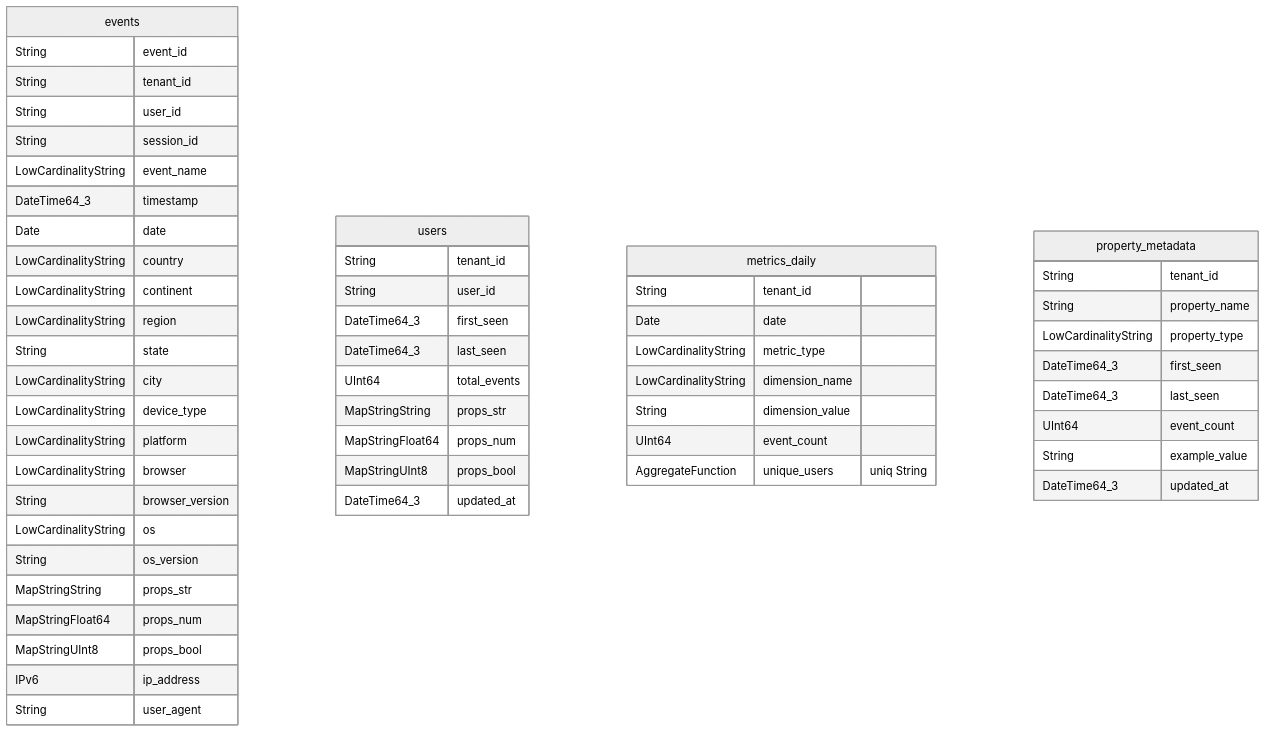
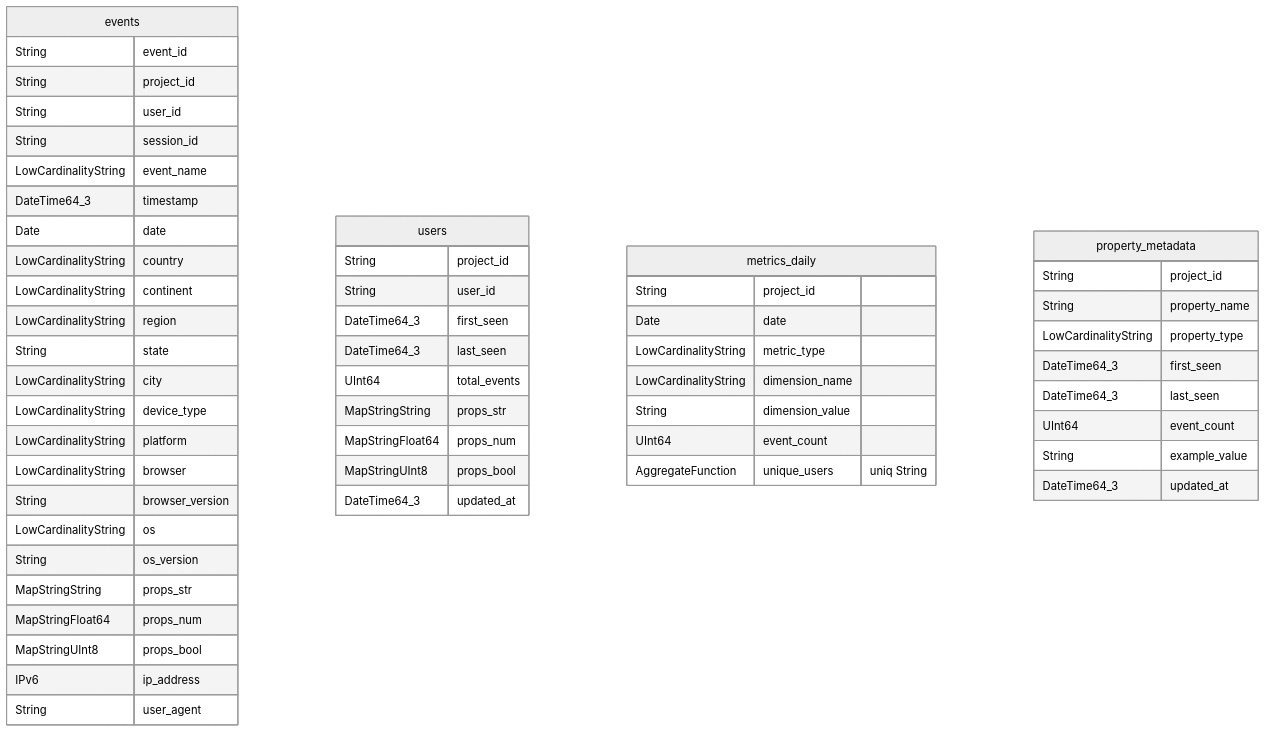
The fourth of 5 diagrams in OVERVIEW.md (MateusRoscoe/quantyx), drawn with Mermaid (neutral theme) before and after one commit. The commit also changed other lines of this file and 41 other files, not shown here.

First line of the commit message:
feat: rename tenant_id to project_id and add API key authentication

````diff
--- a/OVERVIEW.md
+++ b/OVERVIEW.md
@@ -280,61 +325,61 @@
 ```mermaid
 erDiagram
     events {
         String event_id
-        String tenant_id
+        String project_id
         String user_id
         String session_id
         LowCardinalityString event_name
         DateTime64_3 timestamp
         Date date
         LowCardinalityString country
         LowCardinalityString continent
         LowCardinalityString region
         String state
         LowCardinalityString city
         LowCardinalityString device_type
         LowCardinalityString platform
         LowCardinalityString browser
         String browser_version
         LowCardinalityString os
         String os_version
         MapStringString props_str
         MapStringFloat64 props_num
         MapStringUInt8 props_bool
         IPv6 ip_address
         String user_agent
     }
 
     users {
-        String tenant_id
+        String project_id
         String user_id
         DateTime64_3 first_seen
         DateTime64_3 last_seen
         UInt64 total_events
         MapStringString props_str
         MapStringFloat64 props_num
         MapStringUInt8 props_bool
         DateTime64_3 updated_at
     }
 
     metrics_daily {
-        String tenant_id
+        String project_id
         Date date
         LowCardinalityString metric_type
         LowCardinalityString dimension_name
         String dimension_value
         UInt64 event_count
         AggregateFunction unique_users "uniq String"
     }
 
     property_metadata {
-        String tenant_id
+        String project_id
         String property_name
         LowCardinalityString property_type
         DateTime64_3 first_seen
         DateTime64_3 last_seen
         UInt64 event_count
         String example_value
         DateTime64_3 updated_at
     }
 ```
````
